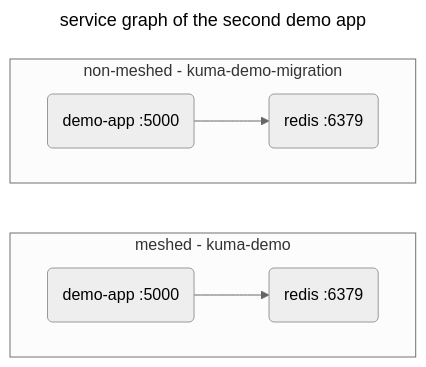
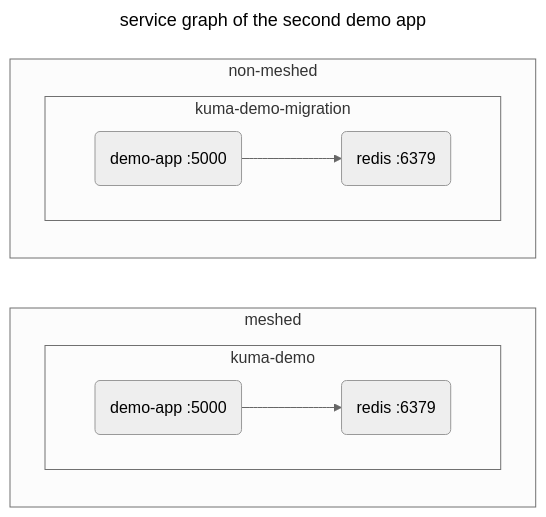
The first of 3 diagrams in app/_src/guides/progressively-rolling-in-strict-mtls.md (kumahq/kuma-website), drawn with Mermaid (neutral theme) before and after one commit. The commit also changed other lines of this file, not shown here.

Commit message:
feat(meshtls): make meshed and unmeshed distinction more visible

```diff
--- a/app/_src/guides/progressively-rolling-in-strict-mtls.md
+++ b/app/_src/guides/progressively-rolling-in-strict-mtls.md
@@ -27,18 +27,22 @@
 {% mermaid %}
 ---
 title: service graph of the second demo app
 ---
 flowchart LR
-    subgraph meshed - kuma-demo
-        direction LR
-        demo-app(demo-app :5000)
-        redis(redis :6379)
-        demo-app --> redis
+    subgraph meshed
+        subgraph kuma-demo
+            direction LR
+            demo-app(demo-app :5000)
+            redis(redis :6379)
+            demo-app --> redis
+        end
     end
-    subgraph non-meshed - kuma-demo-migration
-        direction LR
-        demo-app2(demo-app :5000)
-        redis2(redis :6379)
-        demo-app2 --> redis2
+    subgraph non-meshed
+        subgraph kuma-demo-migration
+            direction LR
+            redis2(redis :6379)
+            demo-app2(demo-app :5000)
+            demo-app2 --> redis2
+        end
     end
 {% endmermaid %}
```
